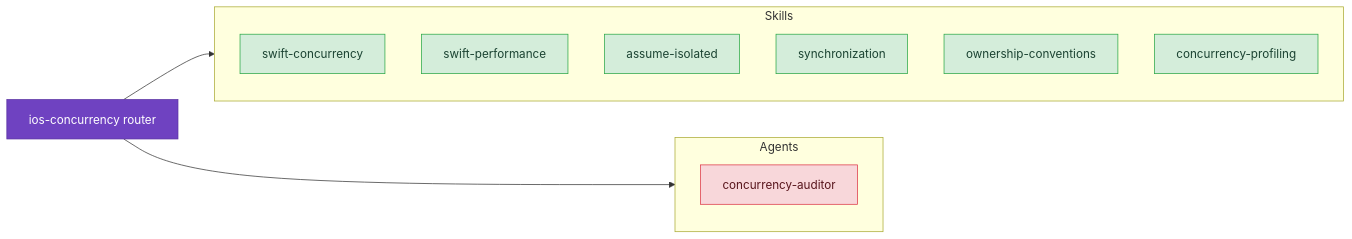
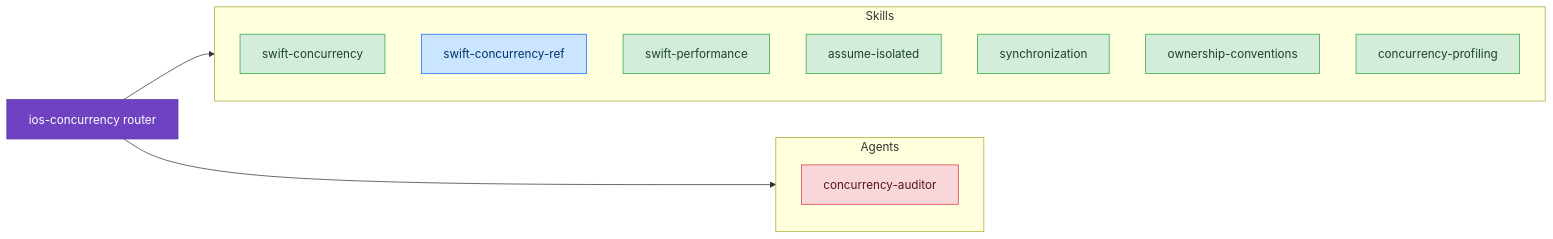
One commit to CharlesWiltgen/Axiom changed the diagram in docs/skills/concurrency/index.md. Above: the diagram before and after it, drawn with Mermaid. The commit also changed other lines of this file and 22 other files, not shown here.

````diff
--- a/docs/skills/concurrency/index.md
+++ b/docs/skills/concurrency/index.md
@@ -5,23 +5,25 @@
 ```mermaid
 flowchart LR
     classDef router fill:#6f42c1,stroke:#5a32a3,color:#fff
     classDef discipline fill:#d4edda,stroke:#28a745,color:#1b4332
+    classDef reference fill:#cce5ff,stroke:#0d6efd,color:#003366
     classDef agent fill:#f8d7da,stroke:#dc3545,color:#58151c
 
     axiom_ios_concurrency["ios-concurrency router"]:::router
 
     subgraph skills_d["Skills"]
         swift_concurrency["swift-concurrency"]:::discipline
+        swift_concurrency_ref["swift-concurrency-ref"]:::reference
         swift_performance["swift-performance"]:::discipline
         assume_isolated["assume-isolated"]:::discipline
         synchronization["synchronization"]:::discipline
         ownership_conventions["ownership-conventions"]:::discipline
         concurrency_profiling["concurrency-profiling"]:::discipline
     end
     axiom_ios_concurrency --> skills_d
 
     subgraph agents_sg["Agents"]
         agent_ca["concurrency-auditor"]:::agent
     end
     axiom_ios_concurrency --> agents_sg
 ```
````
